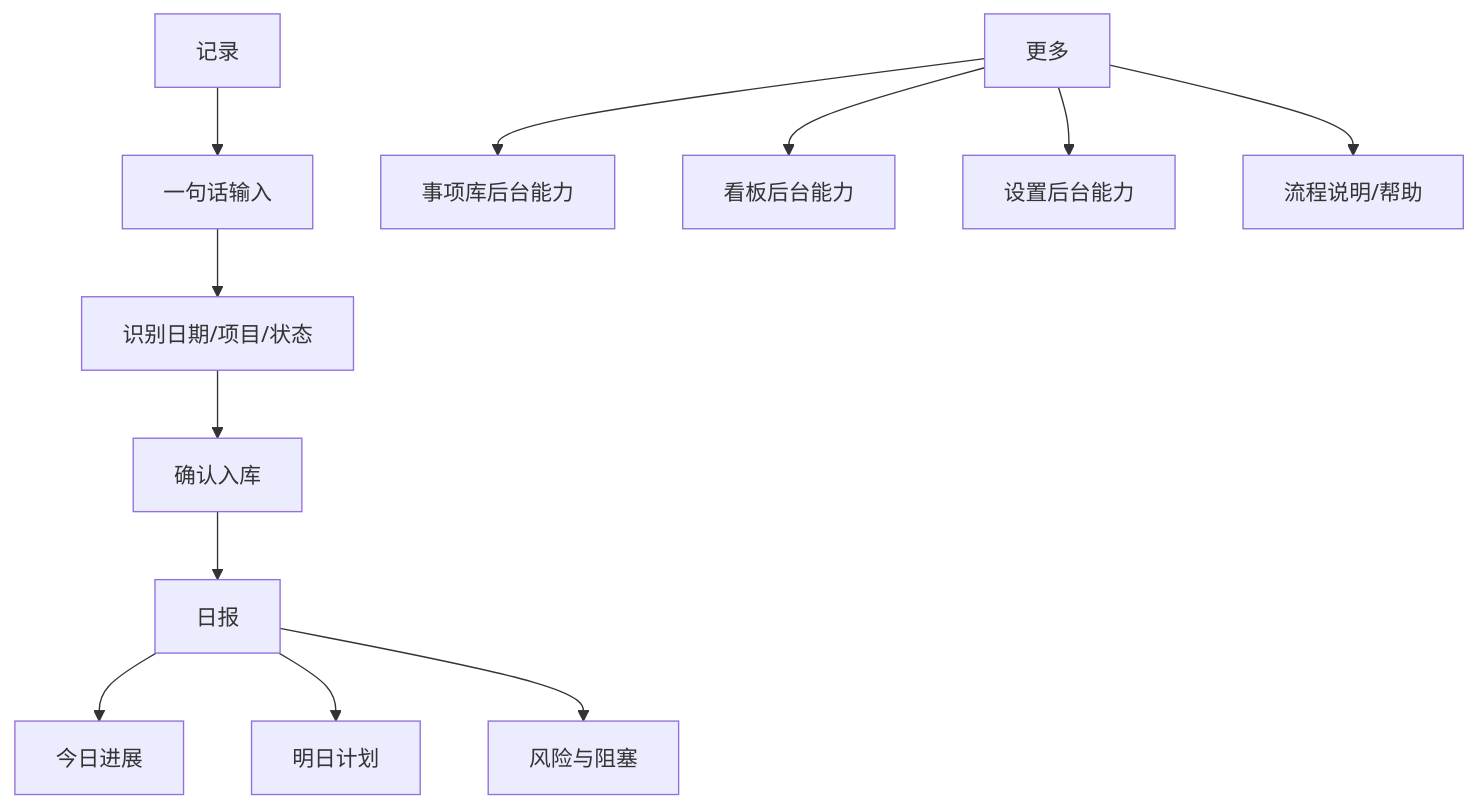
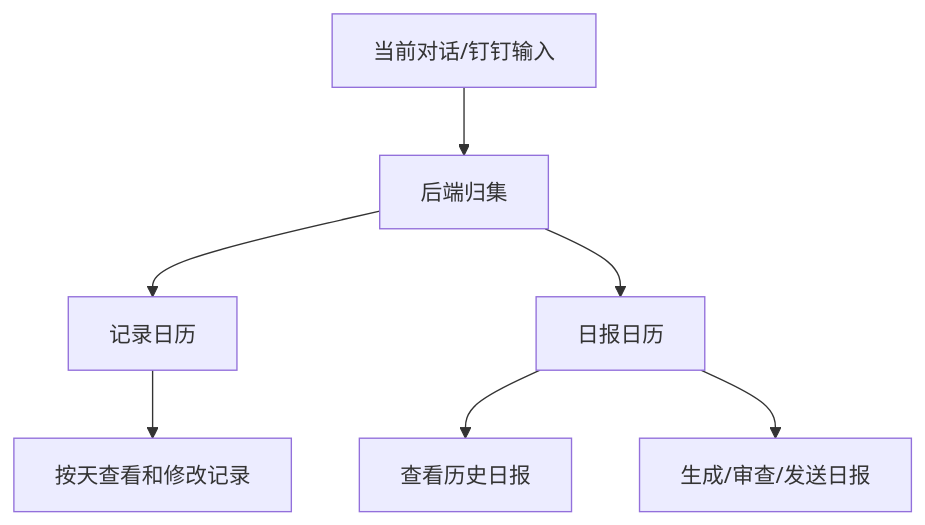
Before and after one commit to pipiwangpm/jt_dailyReport: the diagram in docs/phase1-prototype.md, drawn with Mermaid. The commit also changed other lines of this file and 6 other files, not shown here.

````diff
--- a/docs/phase1-prototype.md
+++ b/docs/phase1-prototype.md
@@ -9,14 +9,9 @@
 ```mermaid
 flowchart TD
-  A["记录"] --> B["一句话输入"]
-  B --> C["识别日期/项目/状态"]
-  C --> D["确认入库"]
-  D --> E["日报"]
-  E --> F["今日进展"]
-  E --> G["明日计划"]
-  E --> H["风险与阻塞"]
-  I["更多"] --> J["事项库后台能力"]
-  I --> K["看板后台能力"]
-  I --> L["设置后台能力"]
-  I --> M["流程说明/帮助"]
+  A["当前对话/钉钉输入"] --> B["后端归集"]
+  B --> C["记录日历"]
+  C --> D["按天查看和修改记录"]
+  B --> E["日报日历"]
+  E --> F["查看历史日报"]
+  E --> G["生成/审查/发送日报"]
 ```
````
